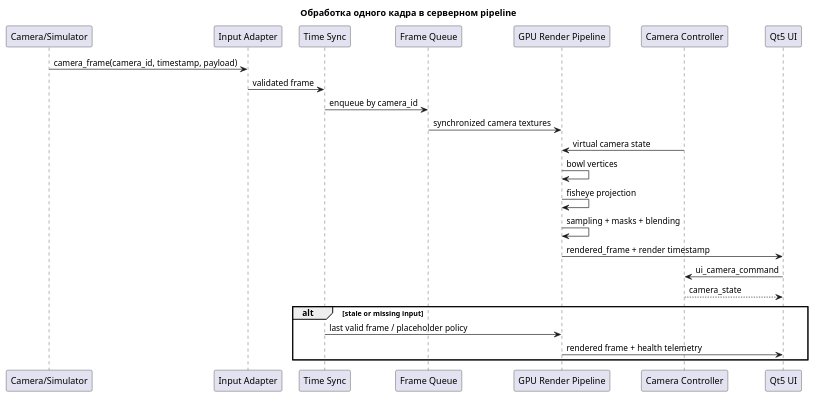
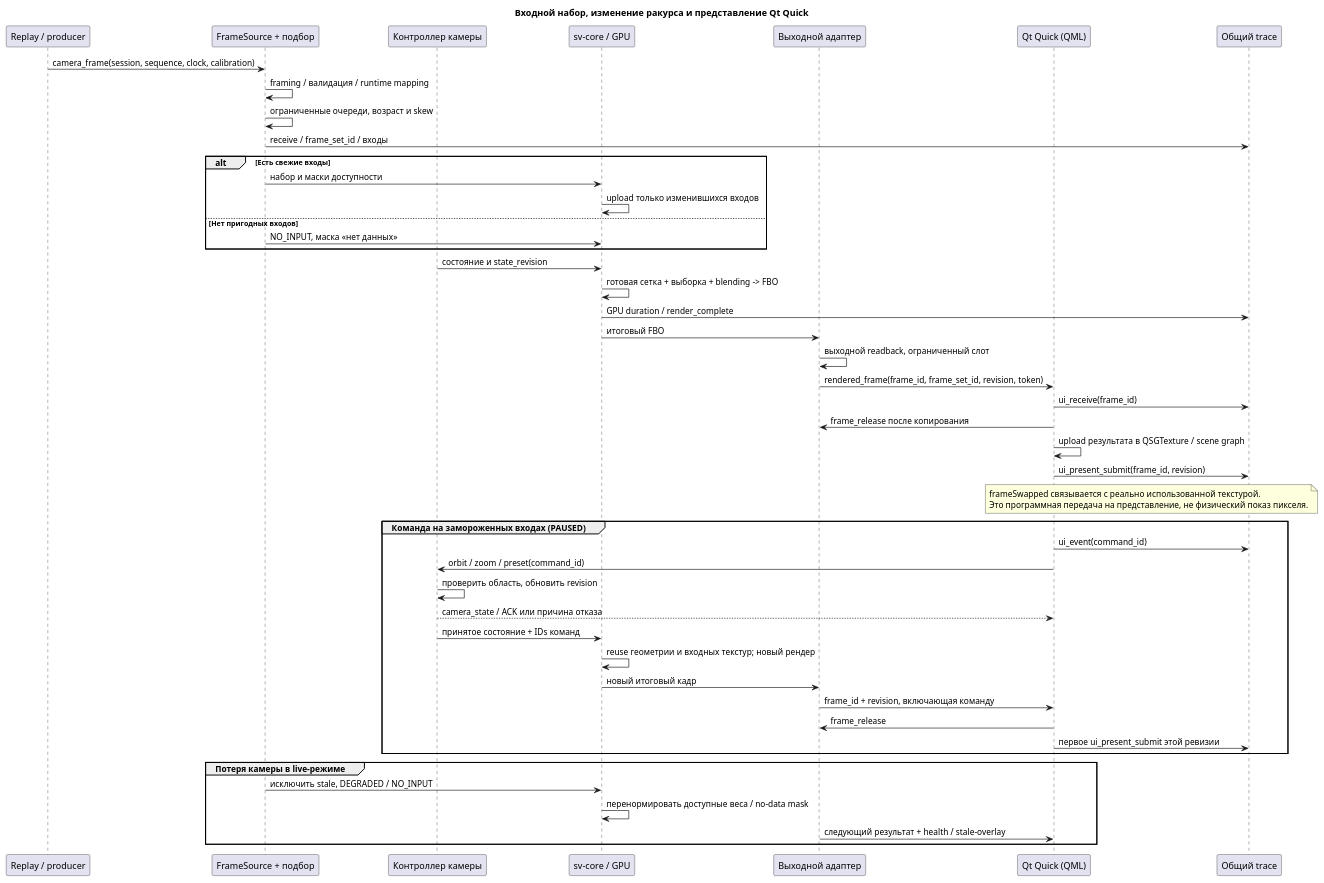
Before and after one commit to AKTOETO/Surround-view: the diagram in docs/diagrams/server-sequence.puml, drawn with PlantUML. The commit also changed other lines of this file and 17 other files, not shown here.

```diff
--- a/docs/diagrams/server-sequence.puml
+++ b/docs/diagrams/server-sequence.puml
@@ -1,29 +1,52 @@
 @startuml
-title Обработка одного кадра в серверном pipeline
-
-participant "Camera/Simulator" as Source
-participant "Input Adapter" as Adapter
-participant "Time Sync" as Sync
-participant "Frame Queue" as Queue
-participant "GPU Render Pipeline" as GPU
-participant "Camera Controller" as Controller
-participant "Qt5 UI" as UI
-
-Source -> Adapter : camera_frame(camera_id, timestamp, payload)
-Adapter -> Sync : validated frame
-Sync -> Queue : enqueue by camera_id
-Queue -> GPU : synchronized camera textures
-Controller -> GPU : virtual camera state
-GPU -> GPU : bowl vertices
-GPU -> GPU : fisheye projection
-GPU -> GPU : sampling + masks + blending
-GPU -> UI : rendered_frame + render timestamp
-UI -> Controller : ui_camera_command
-Controller --> UI : camera_state
-
-alt stale or missing input
-  Sync -> GPU : last valid frame / placeholder policy
-  GPU -> UI : rendered frame + health telemetry
+title Входной набор, изменение ракурса и представление Qt Quick
+' Статус: проектная редакция 19.09.2026. Решения: SYSTEM_ARCHITECTURE.md, PROTOCOL.md.
+participant "Replay / producer" as Source
+participant "FrameSource + подбор" as Input
+participant "Контроллер камеры" as Controller
+participant "sv-core / GPU" as GPU
+participant "Выходной адаптер" as Output
+participant "Qt Quick (QML)" as UI
+participant "Общий trace" as Trace
+Source -> Input : camera_frame(session, sequence, clock, calibration)
+Input -> Input : framing / валидация / runtime mapping
+Input -> Input : ограниченные очереди, возраст и skew
+Input -> Trace : receive / frame_set_id / входы
+alt Есть свежие входы
+  Input -> GPU : набор и маски доступности
+  GPU -> GPU : upload только изменившихся входов
+else Нет пригодных входов
+  Input -> GPU : NO_INPUT, маска «нет данных»
 end
-
+Controller -> GPU : состояние и state_revision
+GPU -> GPU : готовая сетка + выборка + blending -> FBO
+GPU -> Trace : GPU duration / render_complete
+GPU -> Output : итоговый FBO
+Output -> Output : выходной readback, ограниченный слот
+Output -> UI : rendered_frame(frame_id, frame_set_id, revision, token)
+UI -> Trace : ui_receive(frame_id)
+UI -> Output : frame_release после копирования
+UI -> UI : upload результата в QSGTexture / scene graph
+UI -> Trace : ui_present_submit(frame_id, revision)
+note over UI,Trace
+  frameSwapped связывается с реально использованной текстурой.
+  Это программная передача на представление, не физический показ пикселя.
+end note
+group Команда на замороженных входах (PAUSED)
+  UI -> Trace : ui_event(command_id)
+  UI -> Controller : orbit / zoom / preset(command_id)
+  Controller -> Controller : проверить область, обновить revision
+  Controller --> UI : camera_state / ACK или причина отказа
+  Controller -> GPU : принятое состояние + IDs команд
+  GPU -> GPU : reuse геометрии и входных текстур; новый рендер
+  GPU -> Output : новый итоговый кадр
+  Output -> UI : frame_id + revision, включающая команду
+  UI -> Output : frame_release
+  UI -> Trace : первое ui_present_submit этой ревизии
+end
+group Потеря камеры в live-режиме
+  Input -> GPU : исключить stale, DEGRADED / NO_INPUT
+  GPU -> GPU : перенормировать доступные веса / no-data mask
+  Output -> UI : следующий результат + health / stale-overlay
+end
 @enduml
```
